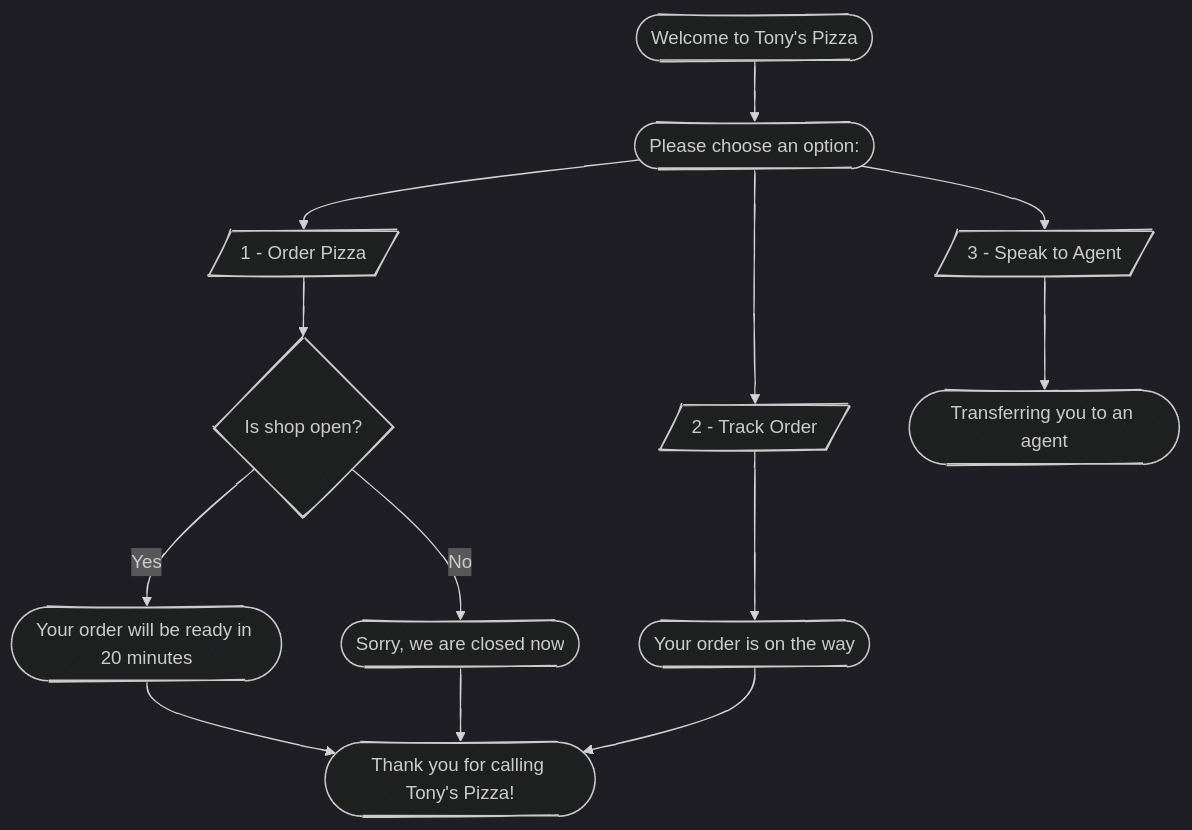
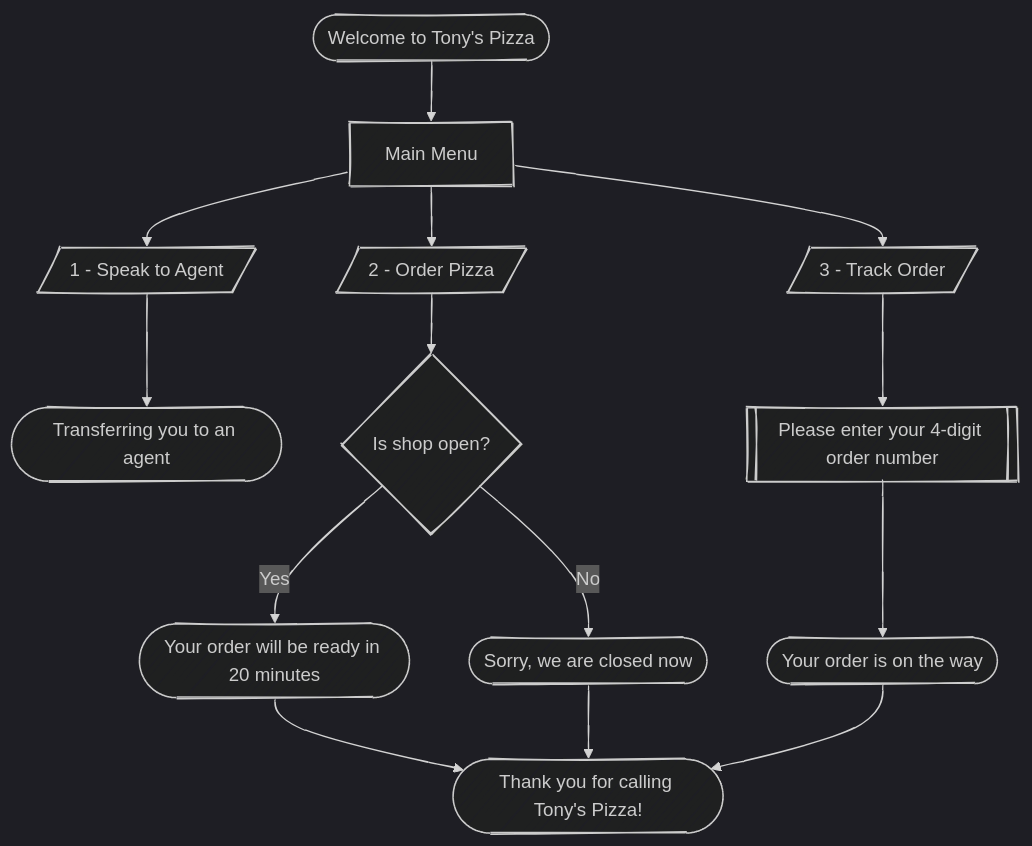
One commit to moazmohamed20-ist/internship-material changed the diagram in Projects/Project 0 - Pizza Shop IVR.md. Above: the diagram before and after it, drawn with Mermaid (dark theme). The commit also changed other lines of this file and 11 other files, not shown here.

Commit message:
Update Pizza Shop Project

````diff
--- a/Projects/Project 0 - Pizza Shop IVR.md
+++ b/Projects/Project 0 - Pizza Shop IVR.md
@@ -5,19 +5,27 @@
 ```mermaid
 ---
 config:
   layout: dagre
   look: handDrawn
 ---
 flowchart TD
-    A(["Welcome to Tony's Pizza"]) --> M1(["Please choose an option:"])
-    M1 --> O1[/"1 - Order Pizza"/] & O2[/"2 - Track Order"/] & O3[/"3 - Speak to Agent"/]
+    A(["Welcome to Tony's Pizza"]) --> M1["Main Menu"]
+    M1 --> O1[/"1 - Speak to Agent"/] & O2[/"2 - Order Pizza"/] & O3[/"3 - Track Order"/]
 
-    O1 --> D{"Is shop open?"}
-    D -- Yes --> P1(["Your order will be ready in 20 minutes"])  --> Z
-    D -- No --> P2(["Sorry, we are closed now"])  --> Z
+    %% Speak to Staff Branch
+    O1 --> P4(["Transferring you to an agent"])
 
-    O2 --> P3(["Your order is on the way"])
-    O3 --> P4(["Transferring you to an agent"])
+    %% Order Pizza Branch
+    O2 --> D{"Is shop open?"}
+    D -- Yes --> P1(["Your order will be ready in 20 minutes"])
+    D -- No --> P2(["Sorry, we are closed now"])
 
-    P3 --> Z(["Thank you for calling Tony's Pizza!"])
+    %% Track Order Branch with Input
+    O3 --> I1[["Please enter your 4-digit order number"]]
+    I1 --> P3(["Your order is on the way"])
+
+    %% End
+    P1 --> Z(["Thank you for calling Tony's Pizza!"])
+    P2 --> Z
+    P3 --> Z
 ```
````
